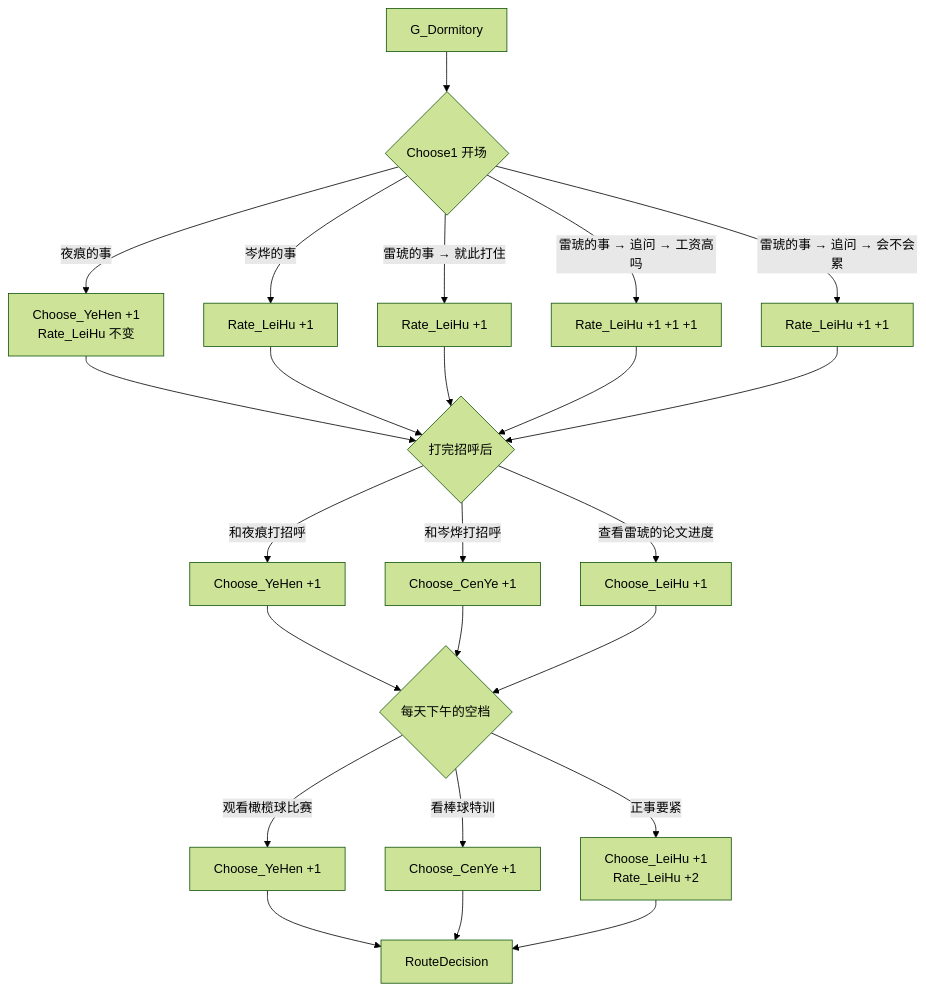
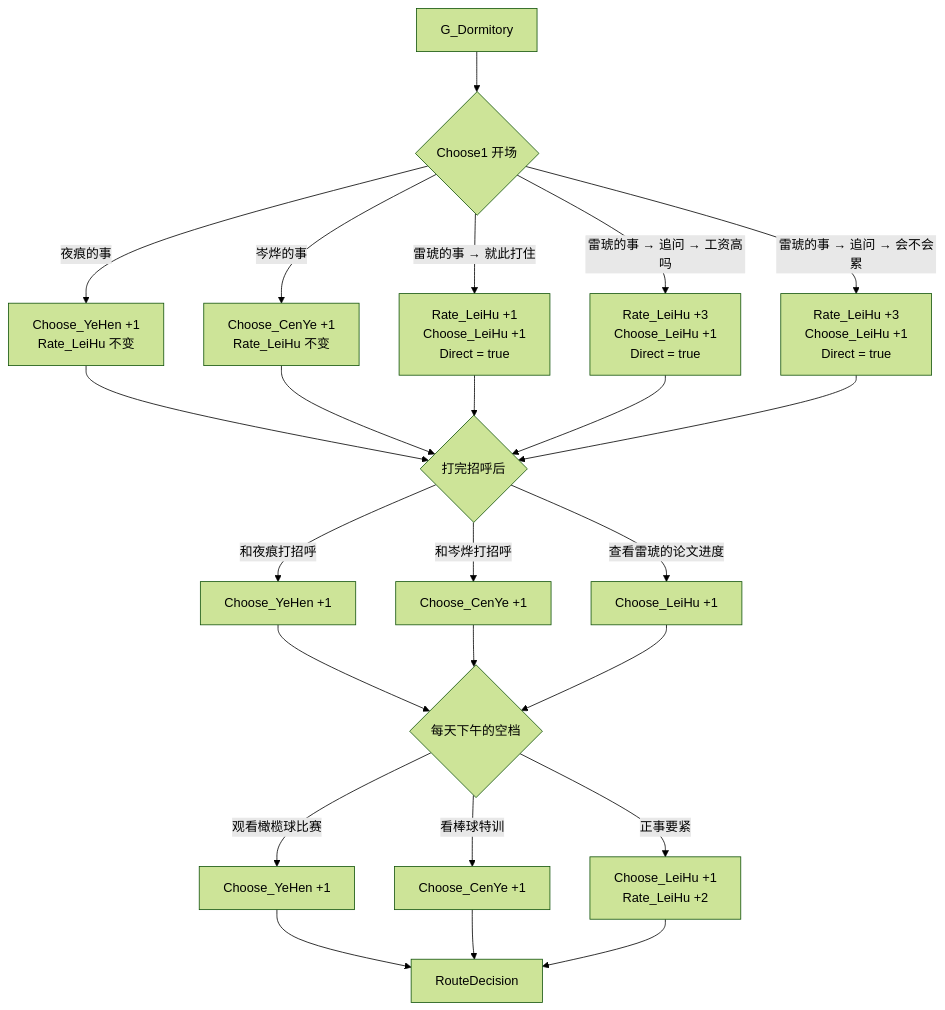
The third of 6 diagrams in Ink Projects/圣诞大攻略：雷琥/__Docs/STORY_FLOW_AND_ENDINGS.md (Project-Kurokawa-Logistics/kurokawa-logistics), drawn with Mermaid (forest theme) before and after one commit. The commit also changed other lines of this file and 25 other files, not shown here.

````diff
--- a/Ink Projects/圣诞大攻略：雷琥/__Docs/STORY_FLOW_AND_ENDINGS.md
+++ b/Ink Projects/圣诞大攻略：雷琥/__Docs/STORY_FLOW_AND_ENDINGS.md
@@ -87,26 +88,26 @@
 ```mermaid
 flowchart TD
     G["G_Dormitory"] --> C1{"Choose1 开场"}
     C1 -->|"夜痕的事"| A0["Choose_YeHen +1<br/>Rate_LeiHu 不变"]
-    C1 -->|"岑烨的事"| A1["Rate_LeiHu +1"]
-    C1 -->|"雷琥的事 → 就此打住"| A2["Rate_LeiHu +1"]
-    C1 -->|"雷琥的事 → 追问 → 工资高吗"| A3["Rate_LeiHu +1 +1 +1"]
-    C1 -->|"雷琥的事 → 追问 → 会不会累"| A4["Rate_LeiHu +1 +1"]
+    C1 -->|"岑烨的事"| A1["Choose_CenYe +1<br/>Rate_LeiHu 不变"]
+    C1 -->|"雷琥的事 → 就此打住"| A2["Rate_LeiHu +1<br/>Choose_LeiHu +1<br/>Direct = true"]
+    C1 -->|"雷琥的事 → 追问 → 工资高吗"| A3["Rate_LeiHu +3<br/>Choose_LeiHu +1<br/>Direct = true"]
+    C1 -->|"雷琥的事 → 追问 → 会不会累"| A4["Rate_LeiHu +3<br/>Choose_LeiHu +1<br/>Direct = true"]
     A0 --> C2{"打完招呼后"}
     A1 --> C2
     A2 --> C2
     A3 --> C2
     A4 --> C2
     C2 -->|"和夜痕打招呼"| B0["Choose_YeHen +1"]
     C2 -->|"和岑烨打招呼"| B1["Choose_CenYe +1"]
     C2 -->|"查看雷琥的论文进度"| B2["Choose_LeiHu +1"]
     B0 --> C3{"每天下午的空档"}
     B1 --> C3
     B2 --> C3
     C3 -->|"观看橄榄球比赛"| D0["Choose_YeHen +1"]
     C3 -->|"看棒球特训"| D1["Choose_CenYe +1"]
     C3 -->|"正事要紧"| D2["Choose_LeiHu +1<br/>Rate_LeiHu +2"]
     D0 --> RD["RouteDecision"]
     D1 --> RD
     D2 --> RD
 ```
````
